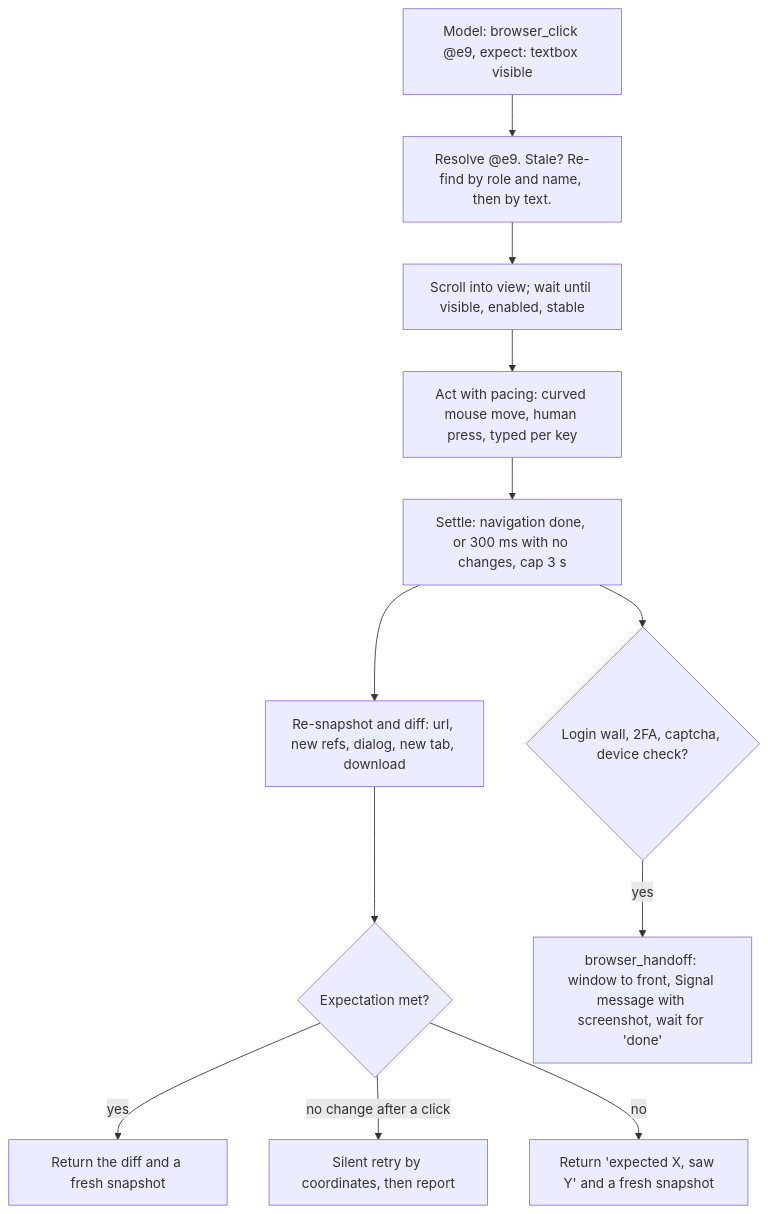
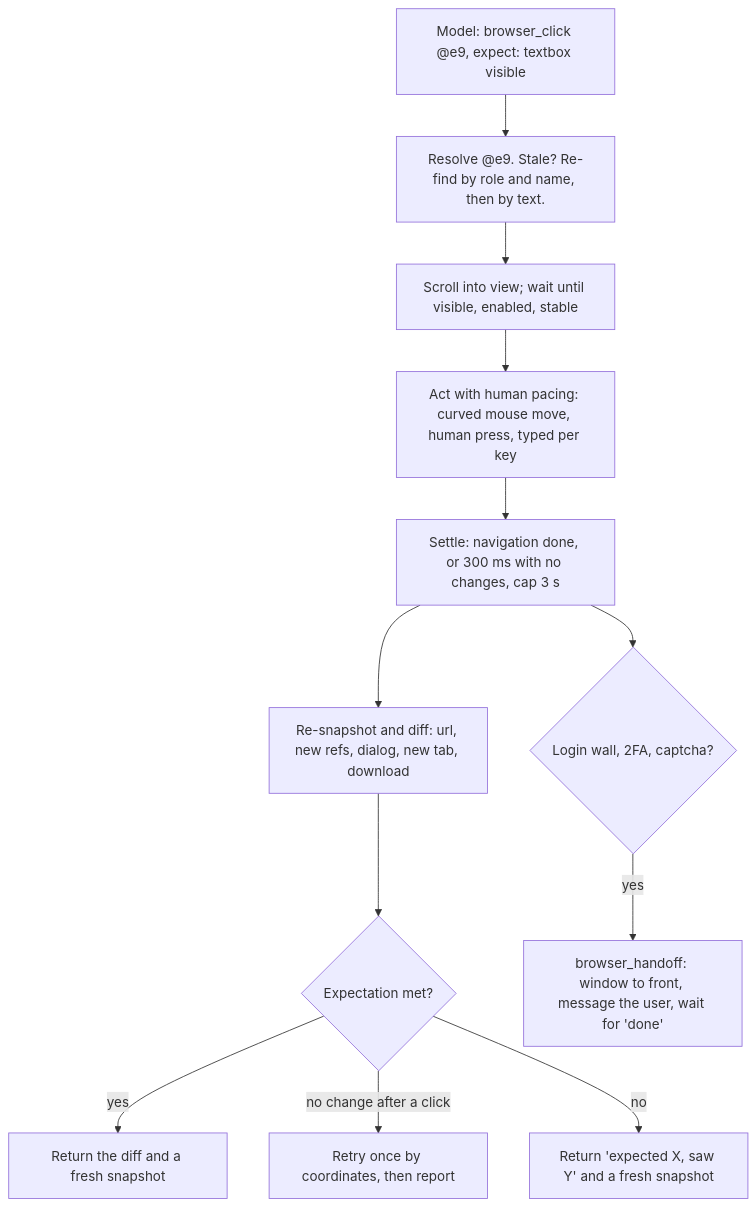
Before and after one commit to JaredTate/nerdgenie: the third of 3 diagrams in docs/COEUS_PLAN.md, drawn with Mermaid. The commit also changed other lines of this file and 2 other files, not shown here.

````diff
--- a/docs/COEUS_PLAN.md
+++ b/docs/COEUS_PLAN.md
@@ -273,14 +238,14 @@
 ```mermaid
 flowchart TD
   A["Model: browser_click @e9, expect: textbox visible"] --> R["Resolve @e9. Stale? Re-find by role and name, then by text."]
   R --> P["Scroll into view; wait until visible, enabled, stable"]
-  P --> W["Act with pacing: curved mouse move, human press, typed per key"]
+  P --> W["Act with human pacing: curved mouse move, human press, typed per key"]
   W --> S["Settle: navigation done, or 300 ms with no changes, cap 3 s"]
   S --> D["Re-snapshot and diff: url, new refs, dialog, new tab, download"]
   D --> C{"Expectation met?"}
   C -->|"yes"| O["Return the diff and a fresh snapshot"]
-  C -->|"no change after a click"| T["Silent retry by coordinates, then report"]
+  C -->|"no change after a click"| T["Retry once by coordinates, then report"]
   C -->|"no"| E["Return 'expected X, saw Y' and a fresh snapshot"]
-  S --> H{"Login wall, 2FA, captcha, device check?"}
-  H -->|"yes"| F["browser_handoff: window to front, Signal message with screenshot, wait for 'done'"]
+  S --> H{"Login wall, 2FA, captcha?"}
+  H -->|"yes"| F["browser_handoff: window to front, message the user, wait for 'done'"]
 ```
````
